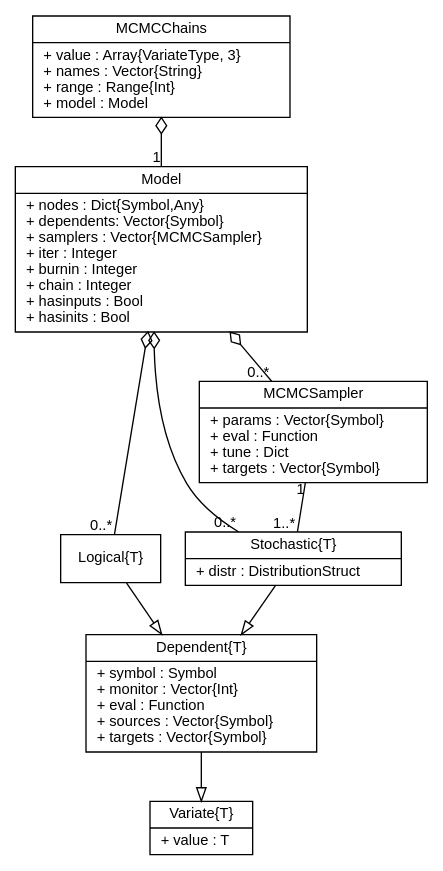
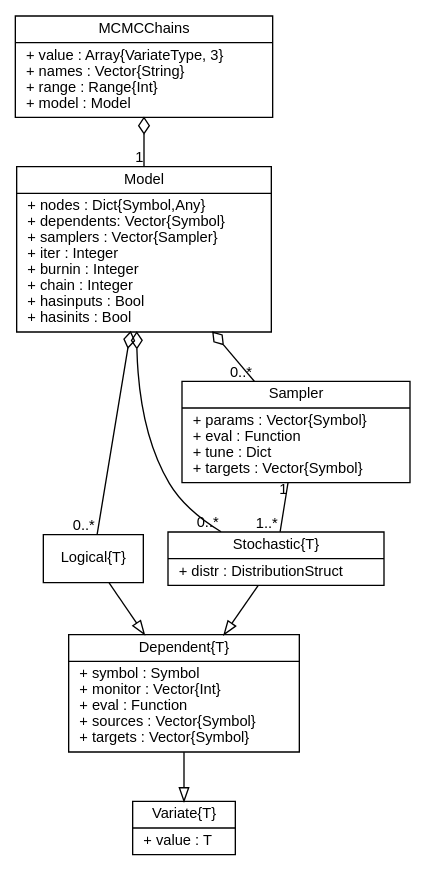
The diagram in doc/images/mcmcUML.dot (brian-j-smith/Mamba.jl), drawn with Graphviz before and after one commit. The commit also changed 23 other files, not shown here.

Commit message:
Rename MCMCSampler type to Sampler.

```diff
--- a/doc/images/mcmcUML.dot
+++ b/doc/images/mcmcUML.dot
@@ -1,34 +1,34 @@
 graph MCMC {
 	fontname = "Helvetica"
 	fontsize = 11
 	overlap = scalexy
 	sep = "+0,26"
 
 	node [fontname = "Helvetica", fontsize = 11, shape = record]
 
 	edge [fontname = "Helvetica", fontsize = 11, dir = both, arrowtail = none, arrowhead = none]
 
 	Variate [label = "{Variate\{T\}|+ value : T\l}"]
 
 	Dependent [label = "{Dependent\{T\}|+ symbol : Symbol\l+ monitor : Vector\{Int\}\l+ eval : Function\l+ sources : Vector\{Symbol\}\l+ targets : Vector\{Symbol\}\l}"]
 	
 	Logical [label = "{Logical\{T\}}"]
 	
 	Stochastic [label = "{Stochastic\{T\}|+ distr : DistributionStruct\l}"]
 
-	MCMCSampler [label = "{MCMCSampler|+ params : Vector\{Symbol\}\l+ eval : Function\l+ tune : Dict\l+ targets : Vector\{Symbol\}\l}"]
+	Sampler [label = "{Sampler|+ params : Vector\{Symbol\}\l+ eval : Function\l+ tune : Dict\l+ targets : Vector\{Symbol\}\l}"]
 	
-	Model [label = "{Model|+ nodes : Dict\{Symbol,Any\}\l+ dependents: Vector\{Symbol\}\l+ samplers : Vector\{MCMCSampler\}\l+ iter : Integer\l+ burnin : Integer\l+ chain : Integer\l+ hasinputs : Bool\l+ hasinits : Bool\l}"]
+	Model [label = "{Model|+ nodes : Dict\{Symbol,Any\}\l+ dependents: Vector\{Symbol\}\l+ samplers : Vector\{Sampler\}\l+ iter : Integer\l+ burnin : Integer\l+ chain : Integer\l+ hasinputs : Bool\l+ hasinits : Bool\l}"]
 	
 	MCMCChains [label = "{MCMCChains|+ value : Array\{VariateType, 3\}\l+ names : Vector\{String\}\l+ range : Range\{Int\}\l+ model : Model\l}"]
 
 	Dependent -- Variate[len = 0.9, arrowhead = empty]
 	Logical -- Dependent[arrowhead = empty]
 	Stochastic -- Dependent[arrowhead = empty]
-	MCMCSampler -- Stochastic[len = 1.2, taillabel = "1", headlabel = "1..*"]
-	Model -- MCMCSampler[arrowtail = odiamond, headlabel = "0..*"]
+	Sampler -- Stochastic[len = 1.2, taillabel = "1", headlabel = "1..*"]
+	Model -- Sampler[arrowtail = odiamond, headlabel = "0..*"]
 	Model -- Logical[arrowtail = odiamond, headlabel = "0..*"]
 	Model -- Stochastic[arrowtail = odiamond, headlabel = "0..*"]
 	MCMCChains -- Model[len = 1.2, arrowtail = odiamond, headlabel = "1"]
 
 }
```
